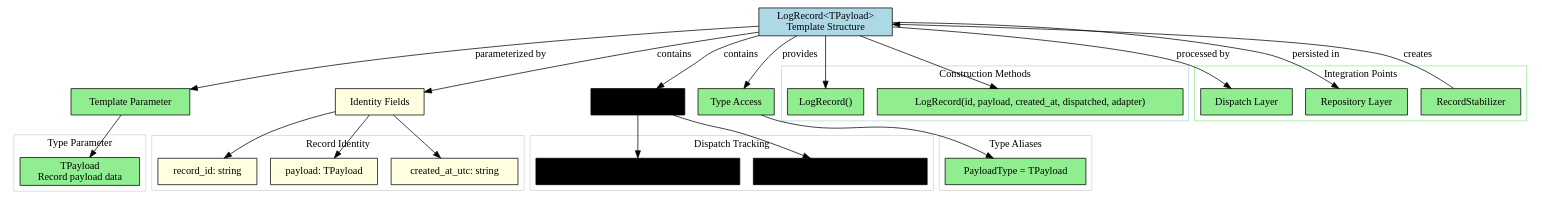
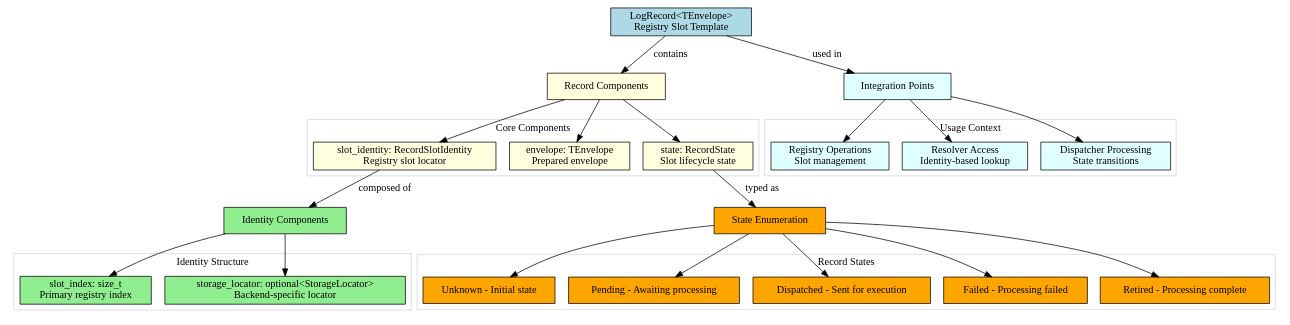
The diagram in ProjectManagement/Architectural_Analysis/logging_system/B_Models/log_record.dot (AlotfyDev/LoggingSystem), drawn with Graphviz before and after one commit. The commit also changed 41 other files, not shown here.

```diff
--- a/ProjectManagement/Architectural_Analysis/logging_system/B_Models/log_record.dot
+++ b/ProjectManagement/Architectural_Analysis/logging_system/B_Models/log_record.dot
@@ -1,86 +1,76 @@
-digraph log_record_structure {
+digraph log_record_architecture {
     rankdir=TB;
     node [shape=box, style=filled, fillcolor=lightblue];
-    
-    record [label="LogRecord<TPayload>\nTemplate Structure"];
-    
+
+    log_record [label="LogRecord<TEnvelope>\nRegistry Slot Template"];
+
+    node [shape=box, style=filled, fillcolor=lightyellow];
+    record_components [label="Record Components"];
+
+    log_record -> record_components [label="contains"];
+
+    subgraph cluster_components {
+        label="Core Components";
+        color=lightgrey;
+        slot_identity [label="slot_identity: RecordSlotIdentity\nRegistry slot locator"];
+        envelope [label="envelope: TEnvelope\nPrepared envelope"];
+        state [label="state: RecordState\nSlot lifecycle state"];
+    }
+
+    record_components -> slot_identity;
+    record_components -> envelope;
+    record_components -> state;
+
     node [shape=box, style=filled, fillcolor=lightgreen];
-    template_param [label="Template Parameter"];
-    
-    record -> template_param [label="parameterized by"];
-    
-    subgraph cluster_param {
-        label="Type Parameter";
+    identity_components [label="Identity Components"];
+
+    slot_identity -> identity_components [label="composed of"];
+
+    subgraph cluster_identity {
+        label="Identity Structure";
         color=lightgrey;
-        payload_type [label="TPayload\nRecord payload data"];
+        slot_index [label="slot_index: size_t\nPrimary registry index"];
+        storage_locator [label="storage_locator: optional<StorageLocator>\nBackend-specific locator"];
     }
-    
-    template_param -> payload_type;
-    
-    node [shape=box, style=filled, fillcolor=lightyellow];
-    identity_fields [label="Identity Fields"];
-    
-    record -> identity_fields [label="contains"];
-    
-    subgraph cluster_identity {
-        label="Record Identity";
+
+    identity_components -> slot_index;
+    identity_components -> storage_locator;
+
+    node [shape=box, style=filled, fillcolor=orange];
+    state_enumeration [label="State Enumeration"];
+
+    state -> state_enumeration [label="typed as"];
+
+    subgraph cluster_states {
+        label="Record States";
         color=lightgrey;
-        record_id [label="record_id: string"];
-        payload [label="payload: TPayload"];
-        created_at [label="created_at_utc: string"];
+        unknown [label="Unknown - Initial state"];
+        pending [label="Pending - Awaiting processing"];
+        dispatched [label="Dispatched - Sent for execution"];
+        failed [label="Failed - Processing failed"];
+        retired [label="Retired - Processing complete"];
     }
-    
-    identity_fields -> record_id;
-    identity_fields -> payload;
-    identity_fields -> created_at;
-    
-    node [shape=box, style=filled, fillcolor=lightorange];
-    lifecycle_fields [label="Lifecycle Fields"];
-    
-    record -> lifecycle_fields [label="contains"];
-    
-    subgraph cluster_lifecycle {
-        label="Dispatch Tracking";
+
+    state_enumeration -> unknown;
+    state_enumeration -> pending;
+    state_enumeration -> dispatched;
+    state_enumeration -> failed;
+    state_enumeration -> retired;
+
+    node [shape=box, style=filled, fillcolor=lightcyan];
+    integration [label="Integration Points"];
+
+    log_record -> integration [label="used in"];
+
+    subgraph cluster_integration {
+        label="Usage Context";
         color=lightgrey;
-        dispatched_at [label="dispatched_at_utc: optional<string>"];
-        adapter_key [label="adapter_key: optional<string>"];
+        registry_operations [label="Registry Operations\nSlot management"];
+        resolver_access [label="Resolver Access\nIdentity-based lookup"];
+        dispatcher_processing [label="Dispatcher Processing\nState transitions"];
     }
-    
-    lifecycle_fields -> dispatched_at;
-    lifecycle_fields -> adapter_key;
-    
-    node [shape=box, style=filled, fillcolor=lightgreen];
-    type_access [label="Type Access"];
-    
-    record -> type_access [label="provides"];
-    
-    subgraph cluster_type_access {
-        label="Type Aliases";
-        color=lightgrey;
-        payload_alias [label="PayloadType = TPayload"];
-    }
-    
-    type_access -> payload_alias;
-    
-    subgraph cluster_constructors {
-        label="Construction Methods";
-        color=lightblue;
-        default_ctor [label="LogRecord()"];
-        param_ctor [label="LogRecord(id, payload, created_at, dispatched, adapter)"];
-    }
-    
-    record -> default_ctor;
-    record -> param_ctor;
-    
-    subgraph cluster_integration {
-        label="Integration Points";
-        color=lightgreen;
-        stabilizer [label="RecordStabilizer"];
-        dispatch [label="Dispatch Layer"];
-        storage [label="Repository Layer"];
-    }
-    
-    stabilizer -> record [label="creates"];
-    record -> dispatch [label="processed by"];
-    record -> storage [label="persisted in"];
+
+    integration -> registry_operations;
+    integration -> resolver_access;
+    integration -> dispatcher_processing;
 }
```
